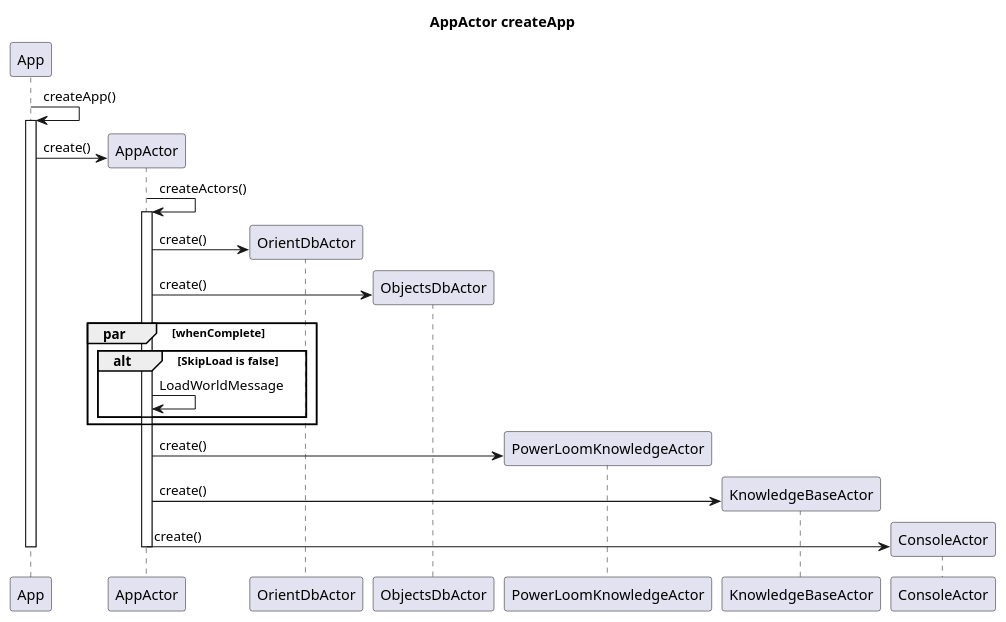
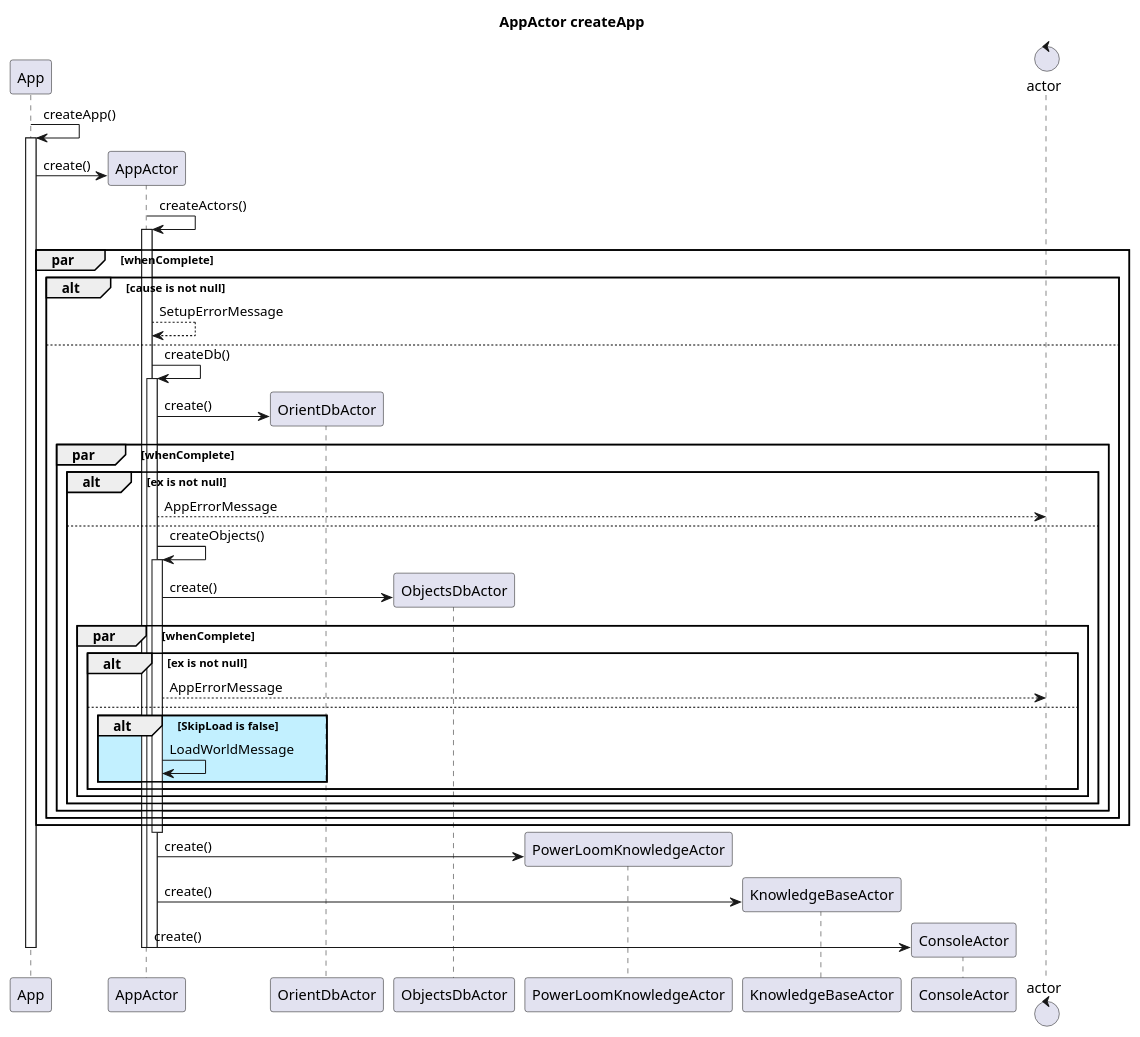
The diagram in dwarfhustle-gamemap-jme/src/main/doc/com/anrisoftware/dwarfhustle/model/db/orientdb/actor/AppActor_createApp.plantuml (devent/dwarfhustle-gamemap), drawn with PlantUML before and after one commit. The commit also changed 4 other files, not shown here.

```diff
--- a/dwarfhustle-gamemap-jme/src/main/doc/com/anrisoftware/dwarfhustle/model/db/orientdb/actor/AppActor_createApp.plantuml
+++ b/dwarfhustle-gamemap-jme/src/main/doc/com/anrisoftware/dwarfhustle/model/db/orientdb/actor/AppActor_createApp.plantuml
@@ -1,29 +1,56 @@
 @startuml
 title AppActor createApp
-
 participant App as a
 participant AppActor as ac
 participant OrientDbActor as orientdba
 participant ObjectsDbActor as objectsdba
 participant PowerLoomKnowledgeActor as plna
 participant KnowledgeBaseActor as kba
 participant ConsoleActor as ca
+control actor
 
 a -> a ++ : createApp()
 a -> ac ** : create()
 ac -> ac ++ : createActors()
+
+par whenComplete
+alt cause is not null
+ac --> ac : SetupErrorMessage
+else
+
+ac -> ac ++ : createDb()
 ac -> orientdba ** : create()
+
+par whenComplete
+alt ex is not null
+ac --> actor : AppErrorMessage
+else
+
+ac -> ac ++ : createObjects()
 ac -> objectsdba ** : create()
+
 par whenComplete
-alt SkipLoad is false
+alt ex is not null
+ac --> actor : AppErrorMessage
+else
+alt #APPLICATION SkipLoad is false
 ac -> ac : LoadWorldMessage
 end
 end
+end
+end
+end
+end
+end
+deactivate ac
+
 ac -> plna ** : create()
 ac -> kba ** : create()
 ac -> ca ** : create()
 
 deactivate ac
+deactivate ac
+
 deactivate a
 
 @enduml
```
